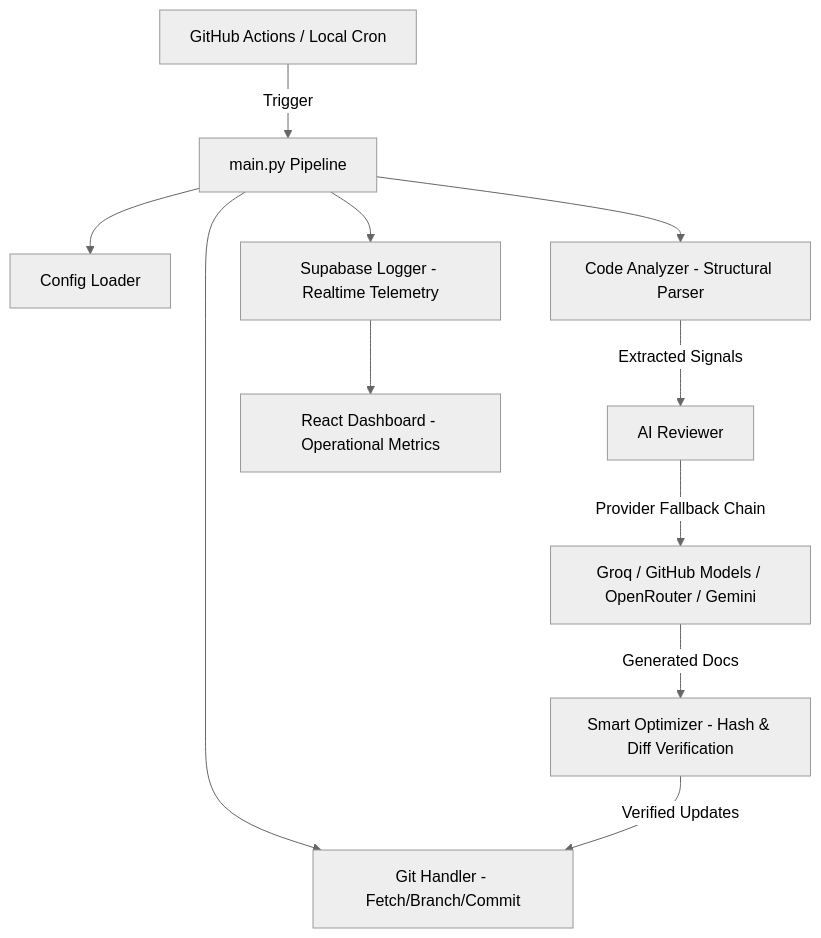
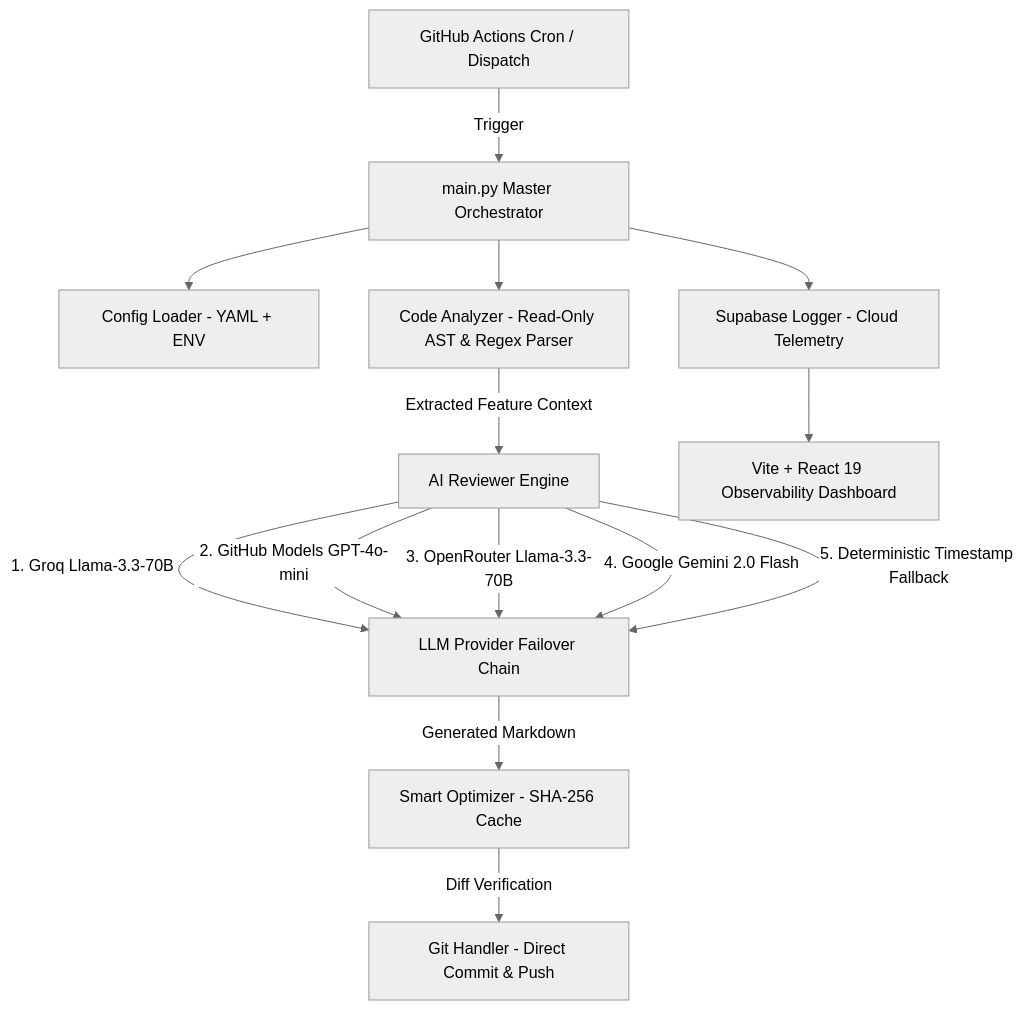
Before and after one commit to sonararadhya/AutoREADME: the diagram in README.md, drawn with Mermaid (neutral theme). The commit also changed other lines of this file and 12 other files, not shown here.

Commit message:
feat: initial commit of AutoREADME autonomous engine and dashboard

````diff
--- a/README.md
+++ b/README.md
@@ -11,13 +24,16 @@
 ```mermaid
 graph TD
-    A[GitHub Actions / Local Cron] -->|Trigger| B[main.py Pipeline]
-    B --> C[Config Loader]
-    B --> D[Git Handler - Fetch/Branch/Commit]
-    B --> E[Code Analyzer - Structural Parser]
-    E -->|Extracted Signals| F[AI Reviewer]
-    F -->|Provider Fallback Chain| G[Groq / GitHub Models / OpenRouter / Gemini]
-    G -->|Generated Docs| H[Smart Optimizer - Hash & Diff Verification]
-    H -->|Verified Updates| D
-    B --> I[Supabase Logger - Realtime Telemetry]
-    I --> J[React Dashboard - Operational Metrics]
+    A[GitHub Actions Cron / Dispatch] -->|Trigger| B[main.py Master Orchestrator]
+    B --> C[Config Loader - YAML + ENV]
+    B --> D[Code Analyzer - Read-Only AST & Regex Parser]
+    D -->|Extracted Feature Context| E[AI Reviewer Engine]
+    E -->|1. Groq Llama-3.3-70B| F[LLM Provider Failover Chain]
+    E -->|2. GitHub Models GPT-4o-mini| F
+    E -->|3. OpenRouter Llama-3.3-70B| F
+    E -->|4. Google Gemini 2.0 Flash| F
+    E -->|5. Deterministic Timestamp Fallback| F
+    F -->|Generated Markdown| G[Smart Optimizer - SHA-256 Cache]
+    G -->|Diff Verification| H[Git Handler - Direct Commit & Push]
+    B --> I[Supabase Logger - Cloud Telemetry]
+    I --> J[Vite + React 19 Observability Dashboard]
 ```
````
